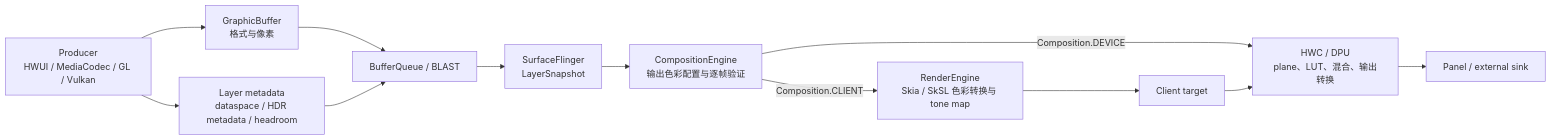
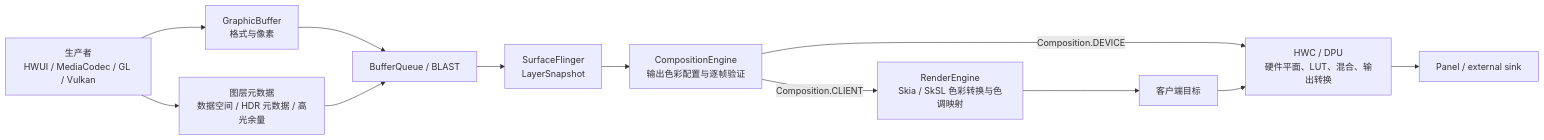
Before and after one commit to Gracker/android-internals-wiki: the diagram in src/part1-fundamentals/ch02-rendering/31-hdr-color-management-pipeline-performance.md, drawn with Mermaid. The commit also changed other lines of this file and 4 other files, not shown here.

````diff
--- a/src/part1-fundamentals/ch02-rendering/31-hdr-color-management-pipeline-performance.md
+++ b/src/part1-fundamentals/ch02-rendering/31-hdr-color-management-pipeline-performance.md
@@ -85,14 +85,14 @@
 ```mermaid
 flowchart LR
-    P["Producer<br/>HWUI / MediaCodec / GL / Vulkan"] --> B["GraphicBuffer<br/>格式与像素"]
-    P --> M["Layer metadata<br/>dataspace / HDR metadata / headroom"]
+    P["生产者<br/>HWUI / MediaCodec / GL / Vulkan"] --> B["GraphicBuffer<br/>格式与像素"]
+    P --> M["图层元数据<br/>数据空间 / HDR 元数据 / 高光余量"]
     B --> Q["BufferQueue / BLAST"]
     M --> Q
     Q --> SF["SurfaceFlinger<br/>LayerSnapshot"]
     SF --> CE["CompositionEngine<br/>输出色彩配置与逐帧验证"]
-    CE -->|"Composition.DEVICE"| HWC["HWC / DPU<br/>plane、LUT、混合、输出转换"]
-    CE -->|"Composition.CLIENT"| RE["RenderEngine<br/>Skia / SkSL 色彩转换与 tone map"]
-    RE --> CT["Client target"]
+    CE -->|"Composition.DEVICE"| HWC["HWC / DPU<br/>硬件平面、LUT、混合、输出转换"]
+    CE -->|"Composition.CLIENT"| RE["RenderEngine<br/>Skia / SkSL 色彩转换与色调映射"]
+    RE --> CT["客户端目标"]
     CT --> HWC
     HWC --> PANEL["Panel / external sink"]
 ```
````
